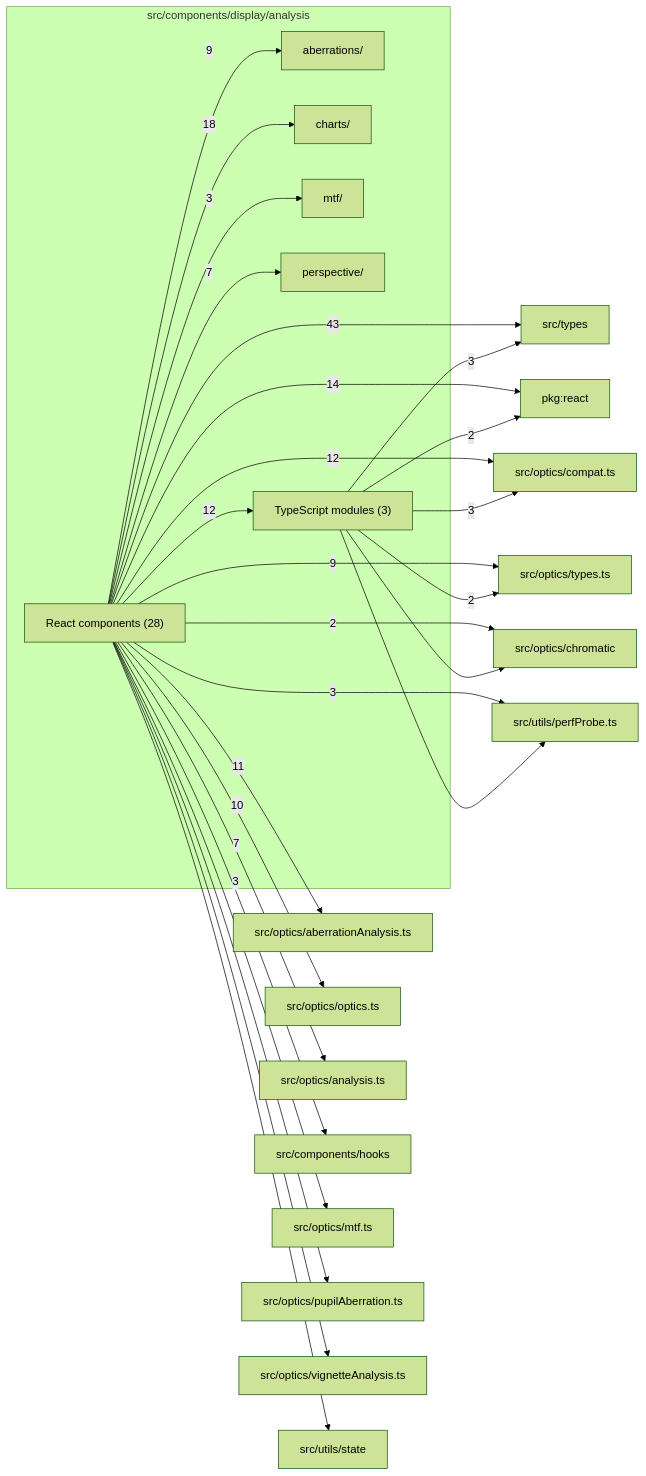
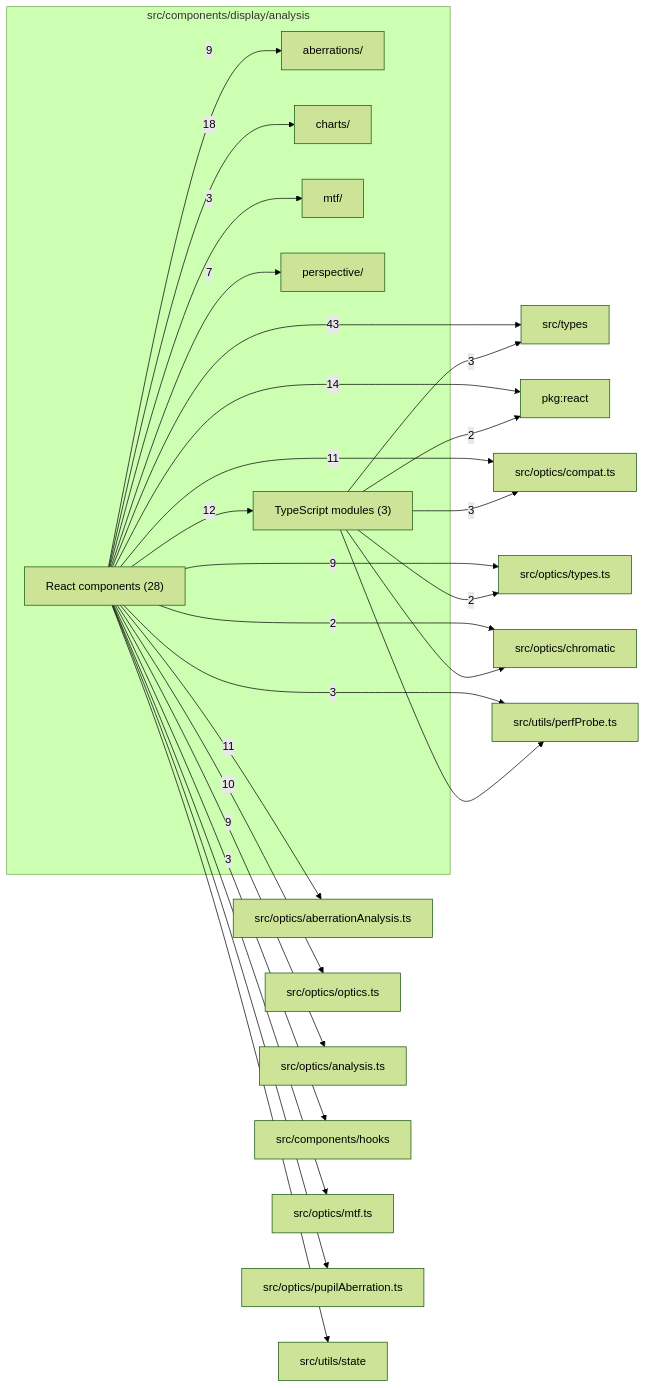
Before and after one commit to ronbuening/LensVisualizer: the diagram in src/components/display/analysis/readme.md, drawn with Mermaid (forest theme). The commit also changed other lines of this file and 27 other files, not shown here.

````diff
--- a/src/components/display/analysis/readme.md
+++ b/src/components/display/analysis/readme.md
@@ -9,50 +9,48 @@
 ```mermaid
 flowchart LR
   subgraph n_src_components_display_analysis["src/components/display/analysis"]
     n_src_components_display_analysis_src_components_display_analysis_aberrations["aberrations/"]
     n_src_components_display_analysis_src_components_display_analysis_charts["charts/"]
     n_src_components_display_analysis_src_components_display_analysis_mtf["mtf/"]
     n_src_components_display_analysis_src_components_display_analysis_perspective["perspective/"]
     n_src_components_display_analysis_React_components["React components (28)"]
     n_src_components_display_analysis_TypeScript_modules["TypeScript modules (3)"]
   end
   n_external_src_types["src/types"]
   n_external_pkg_react["pkg:react"]
+  n_external_src_optics_aberrationAnalysis_ts["src/optics/aberrationAnalysis.ts"]
   n_external_src_optics_compat_ts["src/optics/compat.ts"]
-  n_external_src_optics_aberrationAnalysis_ts["src/optics/aberrationAnalysis.ts"]
   n_external_src_optics_optics_ts["src/optics/optics.ts"]
+  n_external_src_optics_analysis_ts["src/optics/analysis.ts"]
   n_external_src_optics_types_ts["src/optics/types.ts"]
-  n_external_src_optics_analysis_ts["src/optics/analysis.ts"]
   n_external_src_components_hooks["src/components/hooks"]
   n_external_src_utils_perfProbe_ts["src/utils/perfProbe.ts"]
   n_external_src_optics_chromatic["src/optics/chromatic"]
   n_external_src_optics_mtf_ts["src/optics/mtf.ts"]
   n_external_src_optics_pupilAberration_ts["src/optics/pupilAberration.ts"]
-  n_external_src_optics_vignetteAnalysis_ts["src/optics/vignetteAnalysis.ts"]
   n_external_src_utils_state["src/utils/state"]
   n_src_components_display_analysis_React_components --> |43| n_external_src_types
   n_src_components_display_analysis_React_components --> |18| n_src_components_display_analysis_src_components_display_analysis_charts
   n_src_components_display_analysis_React_components --> |14| n_external_pkg_react
-  n_src_components_display_analysis_React_components --> |12| n_external_src_optics_compat_ts
   n_src_components_display_analysis_React_components --> |12| n_src_components_display_analysis_TypeScript_modules
   n_src_components_display_analysis_React_components --> |11| n_external_src_optics_aberrationAnalysis_ts
+  n_src_components_display_analysis_React_components --> |11| n_external_src_optics_compat_ts
   n_src_components_display_analysis_React_components --> |10| n_external_src_optics_optics_ts
+  n_src_components_display_analysis_React_components --> |9| n_external_src_optics_analysis_ts
   n_src_components_display_analysis_React_components --> |9| n_external_src_optics_types_ts
   n_src_components_display_analysis_React_components --> |9| n_src_components_display_analysis_src_components_display_analysis_aberrations
-  n_src_components_display_analysis_React_components --> |7| n_external_src_optics_analysis_ts
   n_src_components_display_analysis_React_components --> |7| n_src_components_display_analysis_src_components_display_analysis_perspective
   n_src_components_display_analysis_React_components --> |3| n_external_src_components_hooks
   n_src_components_display_analysis_TypeScript_modules --> |3| n_external_src_optics_compat_ts
   n_src_components_display_analysis_TypeScript_modules --> |3| n_external_src_types
   n_src_components_display_analysis_React_components --> |3| n_external_src_utils_perfProbe_ts
   n_src_components_display_analysis_React_components --> |3| n_src_components_display_analysis_src_components_display_analysis_mtf
   n_src_components_display_analysis_TypeScript_modules --> |2| n_external_pkg_react
   n_src_components_display_analysis_React_components --> |2| n_external_src_optics_chromatic
   n_src_components_display_analysis_TypeScript_modules --> |2| n_external_src_optics_types_ts
   n_src_components_display_analysis_TypeScript_modules --> n_external_src_optics_chromatic
   n_src_components_display_analysis_React_components --> n_external_src_optics_mtf_ts
   n_src_components_display_analysis_React_components --> n_external_src_optics_pupilAberration_ts
-  n_src_components_display_analysis_React_components --> n_external_src_optics_vignetteAnalysis_ts
   n_src_components_display_analysis_TypeScript_modules --> n_external_src_utils_perfProbe_ts
   n_src_components_display_analysis_React_components --> n_external_src_utils_state
 ```
````
